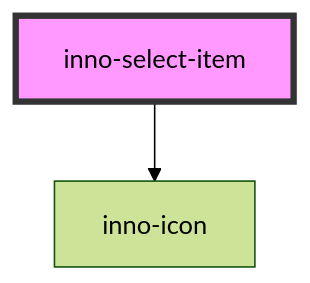
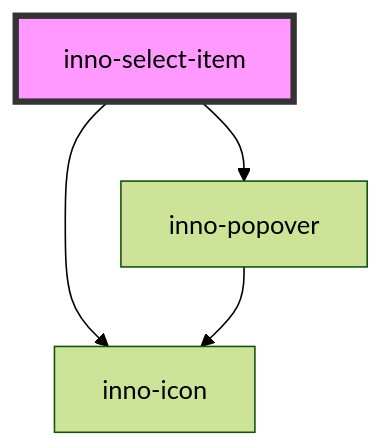
The diagram in packages/webdocs/docs/components/inno-select-item/readme.md (innomotics/brand-experience), drawn with Mermaid (forest theme) before and after one commit. The commit also changed other lines of this file and 11 other files, not shown here.

Commit message:
Added support for item favoriting for select component.

````diff
--- a/packages/webdocs/docs/components/inno-select-item/readme.md
+++ b/packages/webdocs/docs/components/inno-select-item/readme.md
@@ -32,5 +41,7 @@
 ```mermaid
 graph TD;
+  inno-select-item --> inno-popover
   inno-select-item --> inno-icon
+  inno-popover --> inno-icon
   style inno-select-item fill:#f9f,stroke:#333,stroke-width:4px
 ```
````
